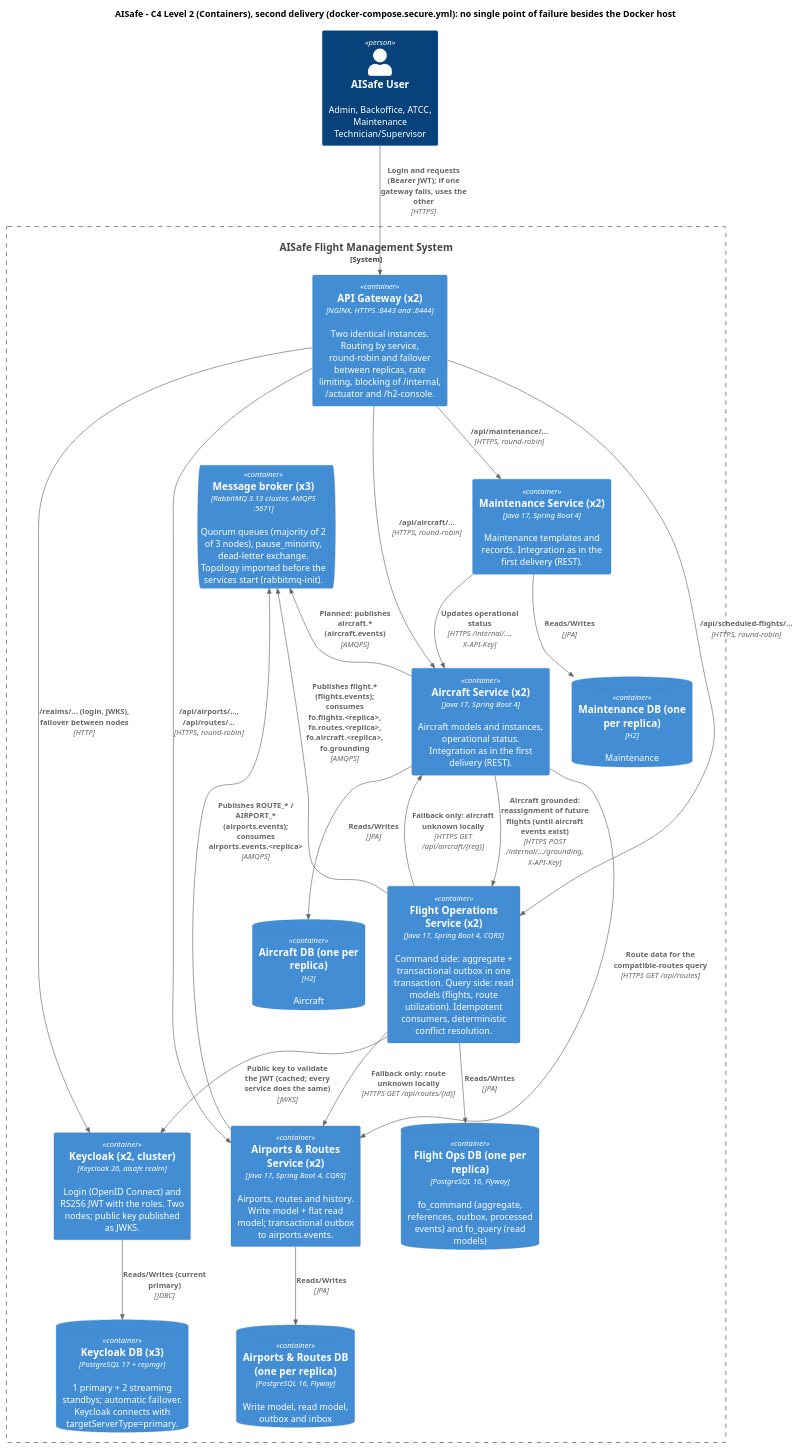
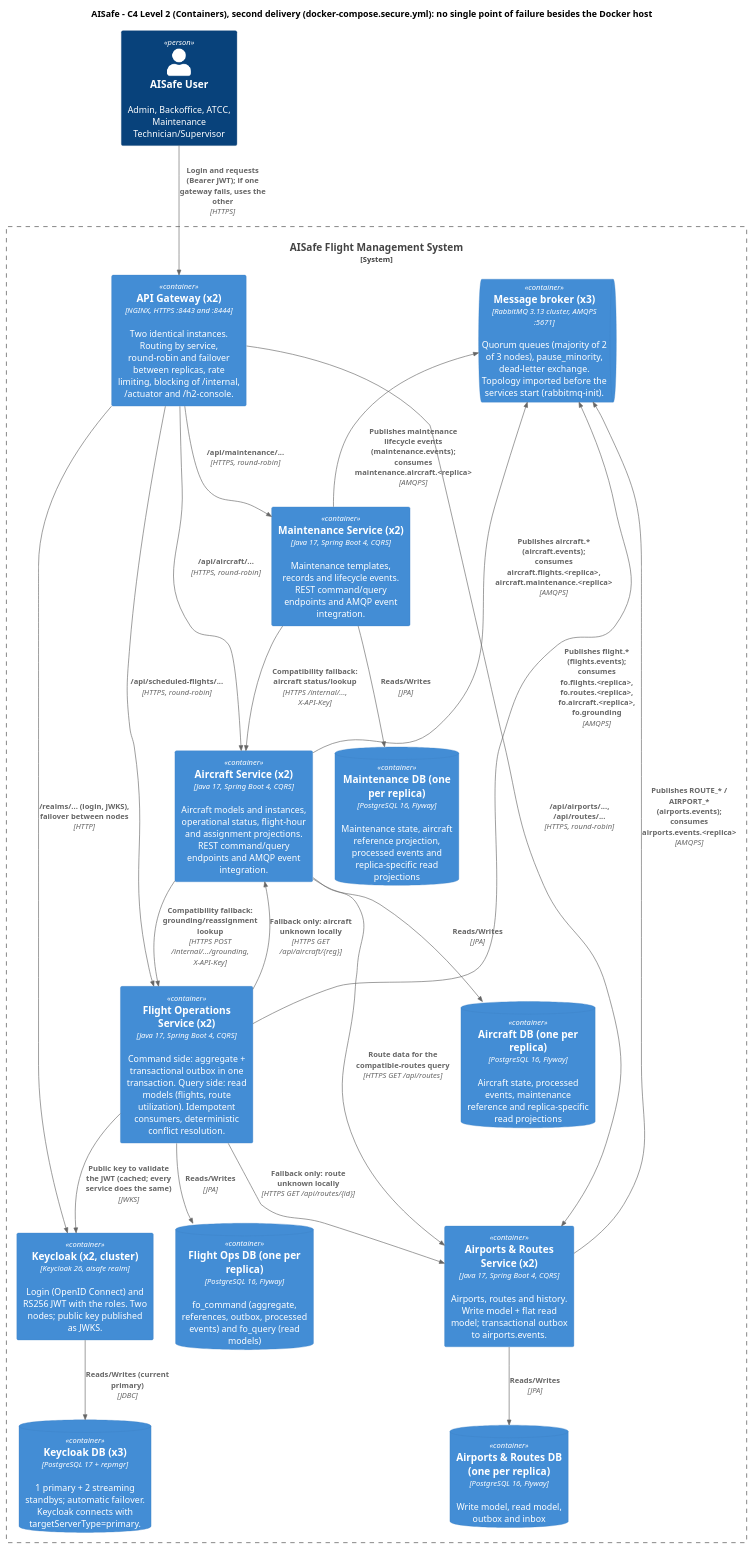
Before and after one commit to anamartasilvaa/SIDIG_AI_Safe: the diagram in docs/SIDIS/E2/c4-container-E2.puml, drawn with PlantUML. The commit also changed 4 other files, not shown here.

Commit message:
update project diagrams

```diff
--- a/docs/SIDIS/E2/c4-container-E2.puml
+++ b/docs/SIDIS/E2/c4-container-E2.puml
@@ -1,52 +1,53 @@
 @startuml c4-container-p2
 !include <C4/C4_Container>
 LAYOUT_TOP_DOWN()
 
 title AISafe - C4 Level 2 (Containers), second delivery (docker-compose.secure.yml): no single point of failure besides the Docker host
 
 Person(user, "AISafe User", "Admin, Backoffice, ATCC, Maintenance Technician/Supervisor")
 
 System_Boundary(aisafe, "AISafe Flight Management System") {
     Container(gw, "API Gateway (x2)", "NGINX, HTTPS :8443 and :8444", "Two identical instances. Routing by service, round-robin and failover between replicas, rate limiting, blocking of /internal, /actuator and /h2-console.")
     Container(kc, "Keycloak (x2, cluster)", "Keycloak 26, aisafe realm", "Login (OpenID Connect) and RS256 JWT with the roles. Two nodes; public key published as JWKS.")
     ContainerDb(kcdb, "Keycloak DB (x3)", "PostgreSQL 17 + repmgr", "1 primary + 2 streaming standbys; automatic failover. Keycloak connects with targetServerType=primary.")
 
     ContainerQueue(mq, "Message broker (x3)", "RabbitMQ 3.13 cluster, AMQPS :5671", "Quorum queues (majority of 2 of 3 nodes), pause_minority, dead-letter exchange. Topology imported before the services start (rabbitmq-init).")
 
     Container(fo, "Flight Operations Service (x2)", "Java 17, Spring Boot 4, CQRS", "Command side: aggregate + transactional outbox in one transaction. Query side: read models (flights, route utilization). Idempotent consumers, deterministic conflict resolution.")
     ContainerDb(fodb, "Flight Ops DB (one per replica)", "PostgreSQL 16, Flyway", "fo_command (aggregate, references, outbox, processed events) and fo_query (read models)")
 
     Container(ar, "Airports & Routes Service (x2)", "Java 17, Spring Boot 4, CQRS", "Airports, routes and history. Write model + flat read model; transactional outbox to airports.events.")
     ContainerDb(ardb, "Airports & Routes DB (one per replica)", "PostgreSQL 16, Flyway", "Write model, read model, outbox and inbox")
 
-    Container(ac, "Aircraft Service (x2)", "Java 17, Spring Boot 4", "Aircraft models and instances, operational status. Integration as in the first delivery (REST).")
-    ContainerDb(acdb, "Aircraft DB (one per replica)", "H2", "Aircraft")
-    Container(mt, "Maintenance Service (x2)", "Java 17, Spring Boot 4", "Maintenance templates and records. Integration as in the first delivery (REST).")
-    ContainerDb(mtdb, "Maintenance DB (one per replica)", "H2", "Maintenance")
+    Container(ac, "Aircraft Service (x2)", "Java 17, Spring Boot 4, CQRS", "Aircraft models and instances, operational status, flight-hour and assignment projections. REST command/query endpoints and AMQP event integration.")
+    ContainerDb(acdb, "Aircraft DB (one per replica)", "PostgreSQL 16, Flyway", "Aircraft state, processed events, maintenance reference and replica-specific read projections")
+    Container(mt, "Maintenance Service (x2)", "Java 17, Spring Boot 4, CQRS", "Maintenance templates, records and lifecycle events. REST command/query endpoints and AMQP event integration.")
+    ContainerDb(mtdb, "Maintenance DB (one per replica)", "PostgreSQL 16, Flyway", "Maintenance state, aircraft reference projection, processed events and replica-specific read projections")
 }
 
 Rel(user, gw, "Login and requests (Bearer JWT); if one gateway fails, uses the other", "HTTPS")
 Rel(gw, kc, "/realms/... (login, JWKS), failover between nodes", "HTTP")
 Rel(kc, kcdb, "Reads/Writes (current primary)", "JDBC")
 Rel(gw, fo, "/api/scheduled-flights/...", "HTTPS, round-robin")
 Rel(gw, ar, "/api/airports/..., /api/routes/...", "HTTPS, round-robin")
 Rel(gw, ac, "/api/aircraft/...", "HTTPS, round-robin")
 Rel(gw, mt, "/api/maintenance/...", "HTTPS, round-robin")
 
 Rel(fo, mq, "Publishes flight.* (flights.events); consumes fo.flights.<replica>, fo.routes.<replica>, fo.aircraft.<replica>, fo.grounding", "AMQPS")
 Rel(ar, mq, "Publishes ROUTE_* / AIRPORT_* (airports.events); consumes airports.events.<replica>", "AMQPS")
-Rel_U(ac, mq, "Planned: publishes aircraft.* (aircraft.events)", "AMQPS")
+Rel_U(ac, mq, "Publishes aircraft.* (aircraft.events); consumes aircraft.flights.<replica>, aircraft.maintenance.<replica>", "AMQPS")
+Rel_U(mt, mq, "Publishes maintenance lifecycle events (maintenance.events); consumes maintenance.aircraft.<replica>", "AMQPS")
 
 Rel(fo, ac, "Fallback only: aircraft unknown locally", "HTTPS GET /api/aircraft/{reg}")
 Rel(fo, ar, "Fallback only: route unknown locally", "HTTPS GET /api/routes/{id}")
-Rel(ac, fo, "Aircraft grounded: reassignment of future flights (until aircraft events exist)", "HTTPS POST /internal/.../grounding, X-API-Key")
-Rel(mt, ac, "Updates operational status", "HTTPS /internal/..., X-API-Key")
+Rel(ac, fo, "Compatibility fallback: grounding/reassignment lookup", "HTTPS POST /internal/.../grounding, X-API-Key")
+Rel(mt, ac, "Compatibility fallback: aircraft status/lookup", "HTTPS /internal/..., X-API-Key")
 Rel(ac, ar, "Route data for the compatible-routes query", "HTTPS GET /api/routes")
 Rel(fo, kc, "Public key to validate the JWT (cached; every service does the same)", "JWKS")
 
 Rel(fo, fodb, "Reads/Writes", "JPA")
 Rel(ar, ardb, "Reads/Writes", "JPA")
 Rel(ac, acdb, "Reads/Writes", "JPA")
 Rel(mt, mtdb, "Reads/Writes", "JPA")
 
 @enduml
```
